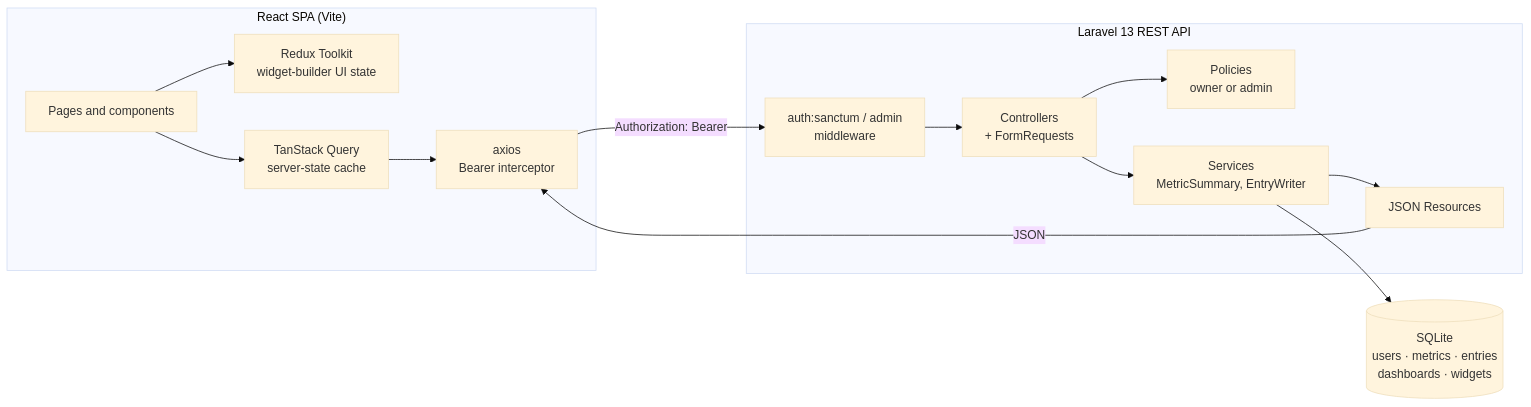
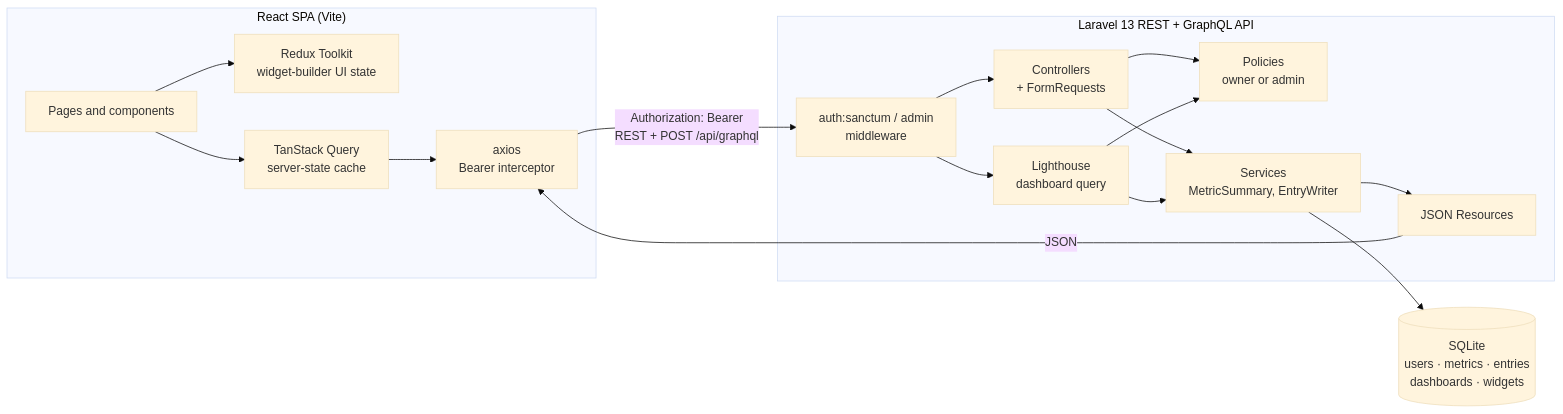
Before and after one commit to zakaria17amir/Tracky: the first of 2 diagrams in README.md, drawn with Mermaid (base theme). The commit also changed other lines of this file and 24 other files, not shown here.

First line of the commit message:
feat: serve the dashboard view from a single GraphQL query

````diff
--- a/README.md
+++ b/README.md
@@ -99,27 +100,30 @@
 ```mermaid
 flowchart LR
     subgraph Client["React SPA (Vite)"]
         UI["Pages and components"]
         RX["Redux Toolkit<br/>widget-builder UI state"]
         RQ["TanStack Query<br/>server-state cache"]
         AX["axios<br/>Bearer interceptor"]
         UI --> RX
         UI --> RQ --> AX
     end
 
-    subgraph API["Laravel 13 REST API"]
+    subgraph API["Laravel 13 REST + GraphQL API"]
         MW["auth:sanctum / admin<br/>middleware"]
+        GQ["Lighthouse<br/>dashboard query"]
         CT["Controllers<br/>+ FormRequests"]
         PO["Policies<br/>owner or admin"]
         SV["Services<br/>MetricSummary, EntryWriter"]
         RS["JSON Resources"]
         MW --> CT --> PO
         CT --> SV --> RS
+        MW --> GQ --> PO
+        GQ --> SV
     end
 
     DB[("SQLite<br/>users · metrics · entries<br/>dashboards · widgets")]
 
-    AX -- "Authorization: Bearer" --> MW
+    AX -- "Authorization: Bearer<br/>REST + POST /api/graphql" --> MW
     RS -- "JSON" --> AX
     SV --> DB
 ```
````
